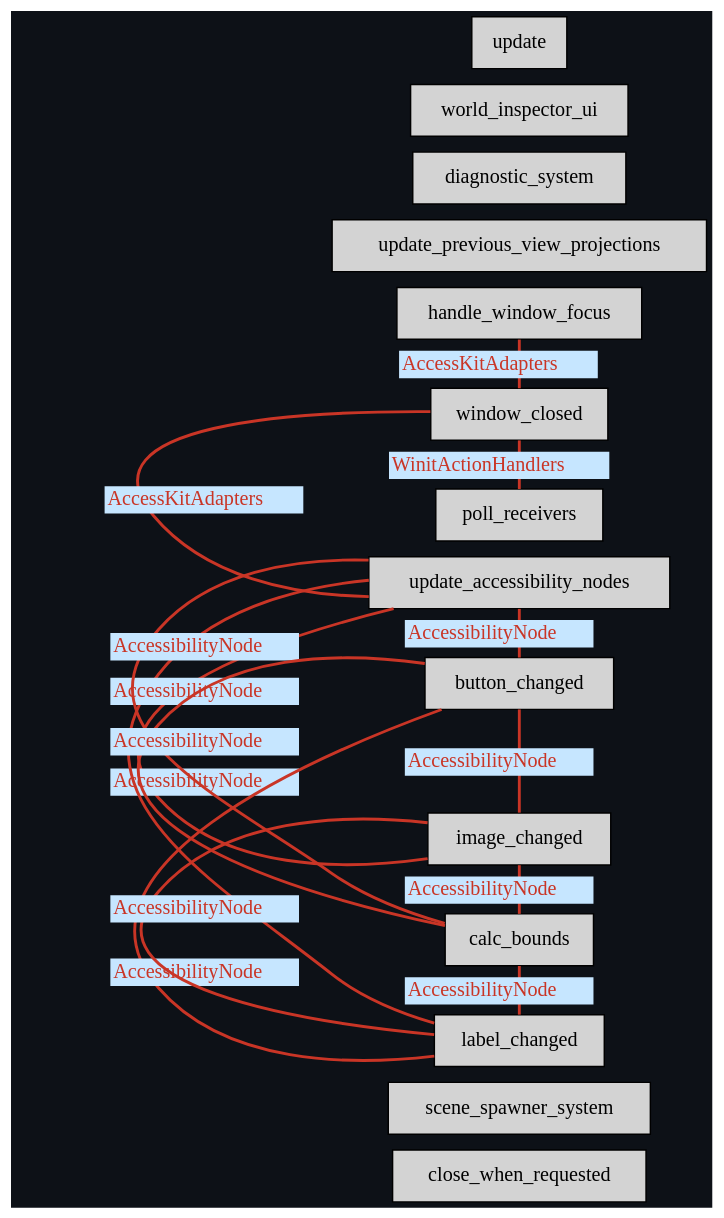
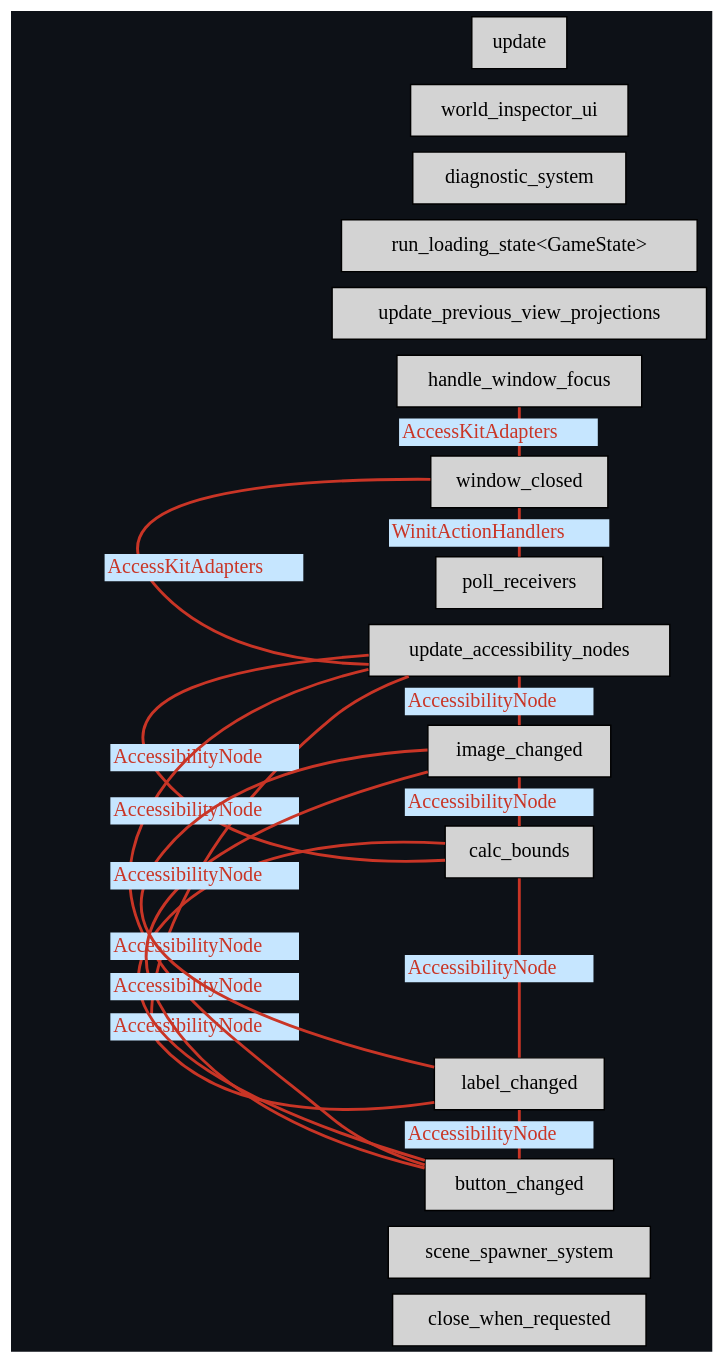
Before and after one commit to eerii/hello-bevy: the diagram in graphs/update-schedule.dot, drawn with Graphviz. The commit also changed 7 other files, not shown here.

```diff
--- a/graphs/update-schedule.dot
+++ b/graphs/update-schedule.dot
@@ -1,37 +1,38 @@
 digraph "" {
 	"compound"="true";
 	"splines"="spline";
 	"rankdir"="LR";
 	"bgcolor"="#0d1117";
 	"fontname"="Helvetica";
 	"nodesep"="0.15";
 	edge ["penwidth"="2"];
 	node ["shape"="box", "style"="filled"];
 	"node_System(0)" ["label"="close_when_requested", "tooltip"="bevy_window::system::close_when_requested"]
 	"node_System(1)" ["label"="scene_spawner_system", "tooltip"="bevy_scene::scene_spawner::scene_spawner_system"]
 	"node_System(2)" ["label"="handle_window_focus", "tooltip"="bevy_winit::accessibility::handle_window_focus"]
 	"node_System(3)" ["label"="window_closed", "tooltip"="bevy_winit::accessibility::window_closed"]
 	"node_System(4)" ["label"="poll_receivers", "tooltip"="bevy_winit::accessibility::poll_receivers"]
 	"node_System(5)" ["label"="update_accessibility_nodes", "tooltip"="bevy_winit::accessibility::update_accessibility_nodes"]
 	"node_System(6)" ["label"="calc_bounds", "tooltip"="bevy_ui::accessibility::calc_bounds"]
 	"node_System(7)" ["label"="button_changed", "tooltip"="bevy_ui::accessibility::button_changed"]
 	"node_System(8)" ["label"="image_changed", "tooltip"="bevy_ui::accessibility::image_changed"]
 	"node_System(9)" ["label"="label_changed", "tooltip"="bevy_ui::accessibility::label_changed"]
 	"node_System(10)" ["label"="update_previous_view_projections", "tooltip"="bevy_pbr::prepass::update_previous_view_projections"]
-	"node_System(11)" ["label"="diagnostic_system", "tooltip"="bevy_diagnostic::frame_time_diagnostics_plugin::FrameTimeDiagnosticsPlugin::diagnostic_system"]
-	"node_System(12)" ["label"="world_inspector_ui", "tooltip"="bevy_inspector_egui::quick::world_inspector_ui"]
-	"node_System(13)" ["label"="update", "tooltip"="hello_bevy::update"]
+	"node_System(11)" ["label"="run_loading_state<GameState>", "tooltip"="bevy_asset_loader::loading_state::systems::run_loading_state<hello_bevy::GameState>"]
+	"node_System(12)" ["label"="diagnostic_system", "tooltip"="bevy_diagnostic::frame_time_diagnostics_plugin::FrameTimeDiagnosticsPlugin::diagnostic_system"]
+	"node_System(13)" ["label"="world_inspector_ui", "tooltip"="bevy_inspector_egui::quick::world_inspector_ui"]
+	"node_System(14)" ["label"="update", "tooltip"="hello_bevy::update"]
 	"node_System(3)" -> "node_System(2)" ["dir"="none", "constraint"="false", "color"="#c93526", "fontcolor"="#c93526", "label"=<<table border="0" cellborder="0"><tr><td bgcolor="#c6e6ff">AccessKitAdapters</td></tr></table>>, "labeltooltip"="window_closed — handle_window_focus"]
 	"node_System(4)" -> "node_System(3)" ["dir"="none", "constraint"="false", "color"="#c93526", "fontcolor"="#c93526", "label"=<<table border="0" cellborder="0"><tr><td bgcolor="#c6e6ff">WinitActionHandlers</td></tr></table>>, "labeltooltip"="poll_receivers — window_closed"]
 	"node_System(5)" -> "node_System(3)" ["dir"="none", "constraint"="false", "color"="#c93526", "fontcolor"="#c93526", "label"=<<table border="0" cellborder="0"><tr><td bgcolor="#c6e6ff">AccessKitAdapters</td></tr></table>>, "labeltooltip"="update_accessibility_nodes — window_closed"]
-	"node_System(5)" -> "node_System(7)" ["dir"="none", "constraint"="false", "color"="#c93526", "fontcolor"="#c93526", "label"=<<table border="0" cellborder="0"><tr><td bgcolor="#c6e6ff">AccessibilityNode</td></tr></table>>, "labeltooltip"="update_accessibility_nodes — button_changed"]
 	"node_System(5)" -> "node_System(8)" ["dir"="none", "constraint"="false", "color"="#c93526", "fontcolor"="#c93526", "label"=<<table border="0" cellborder="0"><tr><td bgcolor="#c6e6ff">AccessibilityNode</td></tr></table>>, "labeltooltip"="update_accessibility_nodes — image_changed"]
 	"node_System(5)" -> "node_System(9)" ["dir"="none", "constraint"="false", "color"="#c93526", "fontcolor"="#c93526", "label"=<<table border="0" cellborder="0"><tr><td bgcolor="#c6e6ff">AccessibilityNode</td></tr></table>>, "labeltooltip"="update_accessibility_nodes — label_changed"]
 	"node_System(6)" -> "node_System(5)" ["dir"="none", "constraint"="false", "color"="#c93526", "fontcolor"="#c93526", "label"=<<table border="0" cellborder="0"><tr><td bgcolor="#c6e6ff">AccessibilityNode</td></tr></table>>, "labeltooltip"="calc_bounds — update_accessibility_nodes"]
-	"node_System(6)" -> "node_System(7)" ["dir"="none", "constraint"="false", "color"="#c93526", "fontcolor"="#c93526", "label"=<<table border="0" cellborder="0"><tr><td bgcolor="#c6e6ff">AccessibilityNode</td></tr></table>>, "labeltooltip"="calc_bounds — button_changed"]
 	"node_System(6)" -> "node_System(8)" ["dir"="none", "constraint"="false", "color"="#c93526", "fontcolor"="#c93526", "label"=<<table border="0" cellborder="0"><tr><td bgcolor="#c6e6ff">AccessibilityNode</td></tr></table>>, "labeltooltip"="calc_bounds — image_changed"]
 	"node_System(6)" -> "node_System(9)" ["dir"="none", "constraint"="false", "color"="#c93526", "fontcolor"="#c93526", "label"=<<table border="0" cellborder="0"><tr><td bgcolor="#c6e6ff">AccessibilityNode</td></tr></table>>, "labeltooltip"="calc_bounds — label_changed"]
+	"node_System(7)" -> "node_System(5)" ["dir"="none", "constraint"="false", "color"="#c93526", "fontcolor"="#c93526", "label"=<<table border="0" cellborder="0"><tr><td bgcolor="#c6e6ff">AccessibilityNode</td></tr></table>>, "labeltooltip"="button_changed — update_accessibility_nodes"]
+	"node_System(7)" -> "node_System(6)" ["dir"="none", "constraint"="false", "color"="#c93526", "fontcolor"="#c93526", "label"=<<table border="0" cellborder="0"><tr><td bgcolor="#c6e6ff">AccessibilityNode</td></tr></table>>, "labeltooltip"="button_changed — calc_bounds"]
 	"node_System(7)" -> "node_System(8)" ["dir"="none", "constraint"="false", "color"="#c93526", "fontcolor"="#c93526", "label"=<<table border="0" cellborder="0"><tr><td bgcolor="#c6e6ff">AccessibilityNode</td></tr></table>>, "labeltooltip"="button_changed — image_changed"]
 	"node_System(7)" -> "node_System(9)" ["dir"="none", "constraint"="false", "color"="#c93526", "fontcolor"="#c93526", "label"=<<table border="0" cellborder="0"><tr><td bgcolor="#c6e6ff">AccessibilityNode</td></tr></table>>, "labeltooltip"="button_changed — label_changed"]
 	"node_System(9)" -> "node_System(8)" ["dir"="none", "constraint"="false", "color"="#c93526", "fontcolor"="#c93526", "label"=<<table border="0" cellborder="0"><tr><td bgcolor="#c6e6ff">AccessibilityNode</td></tr></table>>, "labeltooltip"="label_changed — image_changed"]
 }
```
